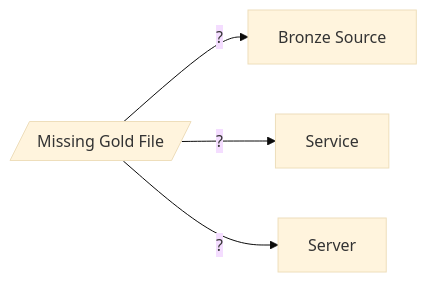
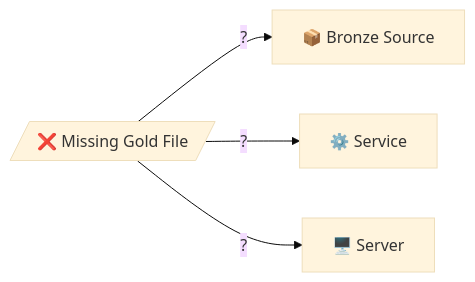
The first of 22 diagrams in docs/brainstorms/investigation-db.md (ThanuMahee12/AgentContext), drawn with Mermaid (base theme) before and after one commit. The commit also changed other lines of this file, not shown here.

Commit message:
docs: use Unicode emojis for mermaid diagram support

````diff
--- a/docs/brainstorms/investigation-db.md
+++ b/docs/brainstorms/investigation-db.md
@@ -9,7 +9,7 @@
 ```mermaid
 flowchart LR
-    Q[/"Missing Gold File"/]
-    Q --> |"?"| B[Bronze Source]
-    Q --> |"?"| S[Service]
-    Q --> |"?"| SRV[Server]
+    Q[/"❌ Missing Gold File"/]
+    Q --> |"?"| B["📦 Bronze Source"]
+    Q --> |"?"| S["⚙️ Service"]
+    Q --> |"?"| SRV["🖥️ Server"]
 ```
````
